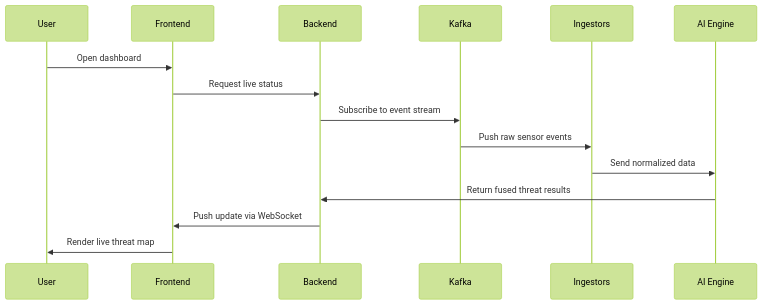
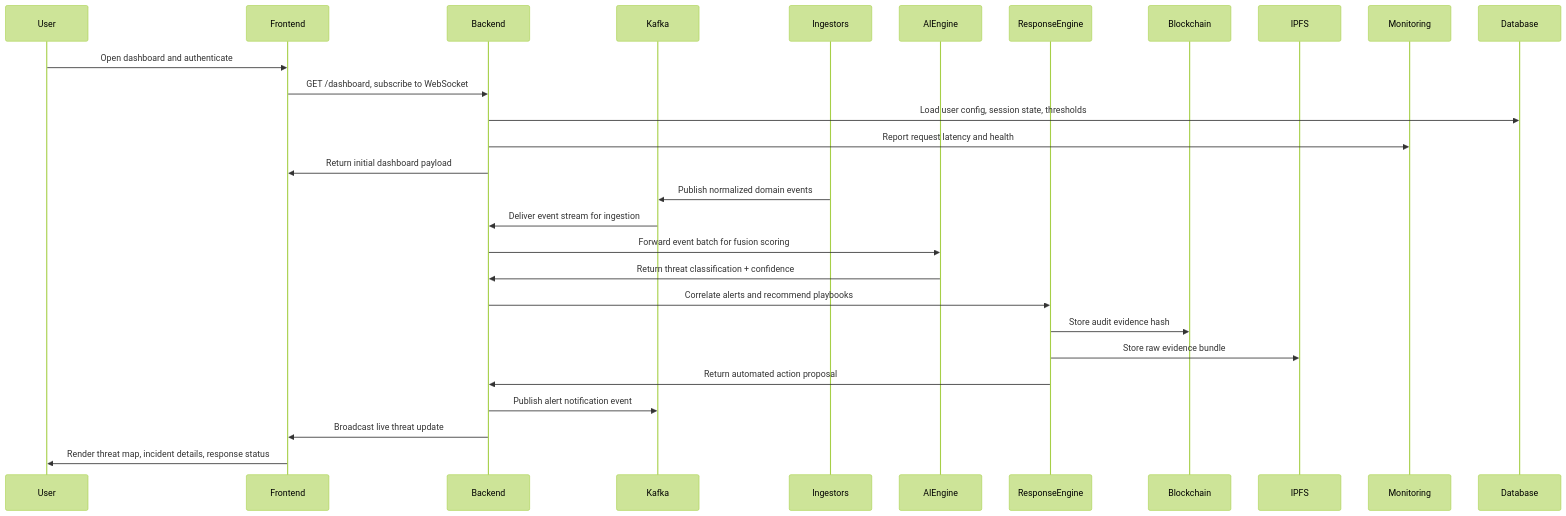
One commit to wi5nuu/SENTINEL-X-X-Domain-Threat-Fusion-Platform changed the first of 3 diagrams in README.md. Above: the diagram before and after it, drawn with Mermaid (forest theme). The commit also changed other lines of this file, not shown here.

Commit message:
docs: add deployment diagram to README

````diff
--- a/README.md
+++ b/README.md
@@ -185,18 +185,31 @@
 ```mermaid
 sequenceDiagram
-    participant U as User
-    participant F as Frontend
-    participant B as Backend
-    participant K as Kafka
-    participant I as Ingestors
-    participant A as AI Engine
+    participant User
+    participant Frontend
+    participant Backend
+    participant Kafka
+    participant Ingestors
+    participant AIEngine
+    participant ResponseEngine
+    participant Blockchain
+    participant IPFS
+    participant Monitoring
+    participant Database
 
-    U->>F: Open dashboard
-    F->>B: Request live status
-    B->>K: Subscribe to event stream
-    K->>I: Push raw sensor events
-    I->>A: Send normalized data
-    A->>B: Return fused threat results
-    B->>F: Push update via WebSocket
-    F->>U: Render live threat map
+    User->>Frontend: Open dashboard and authenticate
+    Frontend->>Backend: GET /dashboard, subscribe to WebSocket
+    Backend->>Database: Load user config, session state, thresholds
+    Backend->>Monitoring: Report request latency and health
+    Backend->>Frontend: Return initial dashboard payload
+    Ingestors->>Kafka: Publish normalized domain events
+    Kafka->>Backend: Deliver event stream for ingestion
+    Backend->>AIEngine: Forward event batch for fusion scoring
+    AIEngine->>Backend: Return threat classification + confidence
+    Backend->>ResponseEngine: Correlate alerts and recommend playbooks
+    ResponseEngine->>Blockchain: Store audit evidence hash
+    ResponseEngine->>IPFS: Store raw evidence bundle
+    ResponseEngine->>Backend: Return automated action proposal
+    Backend->>Kafka: Publish alert notification event
+    Backend->>Frontend: Broadcast live threat update
+    Frontend->>User: Render threat map, incident details, response status
 ```
````
